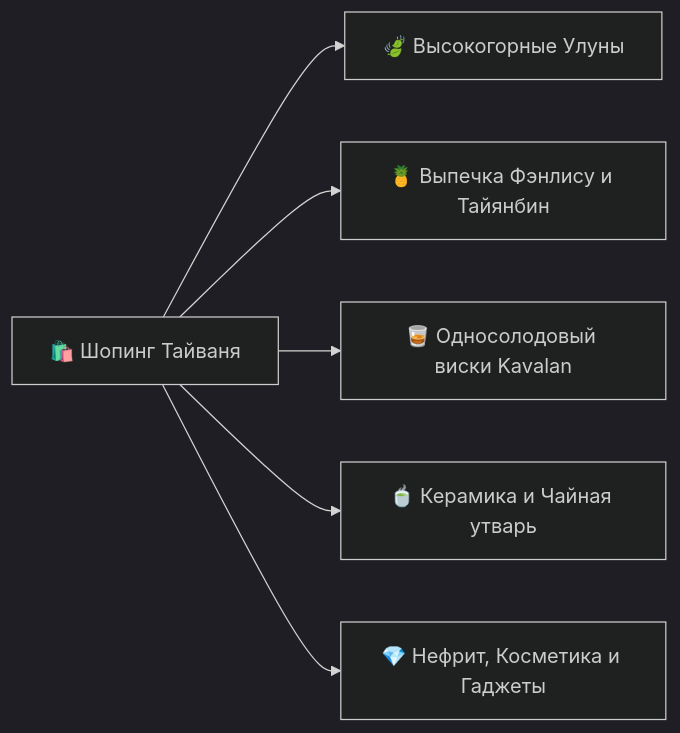
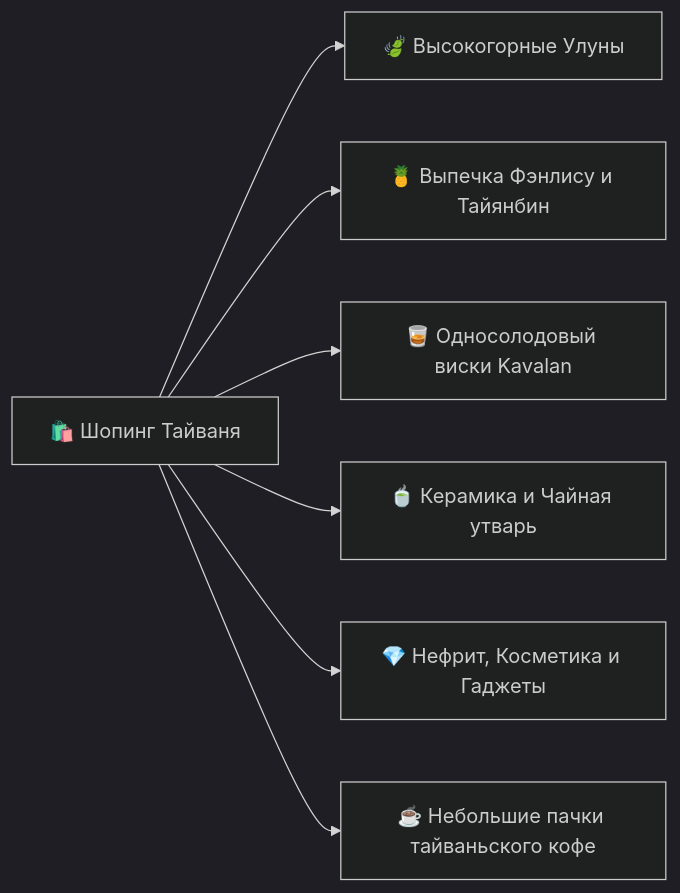
The third of 3 diagrams in Personal Note/Travel/-- Taiwan/06 - Чек лист/Что попробовать и купить (Must-Try & Must-Buy).md (injurka/obsidian-mark), drawn with Mermaid (dark theme) before and after one commit. The commit also changed other lines of this file and 47 other files, not shown here.

````diff
--- a/Personal Note/Travel/-- Taiwan/06 - Чек лист/Что попробовать и купить (Must-Try & Must-Buy).md
+++ b/Personal Note/Travel/-- Taiwan/06 - Чек лист/Что попробовать и купить (Must-Try & Must-Buy).md
@@ -197,8 +209,9 @@
 ```mermaid
 flowchart LR
     A[🛍️ Шопинг Тайваня] --> B[🍃 Высокогорные Улуны]
     A --> C[🍍 Выпечка Фэнлису и Тайянбин]
     A --> D[🥃 Односолодовый виски Kavalan]
     A --> E[🍵 Керамика и Чайная утварь]
     A --> F[💎 Нефрит, Косметика и Гаджеты]
+    A --> G[☕ Небольшие пачки тайваньского кофе]
 ```
````
